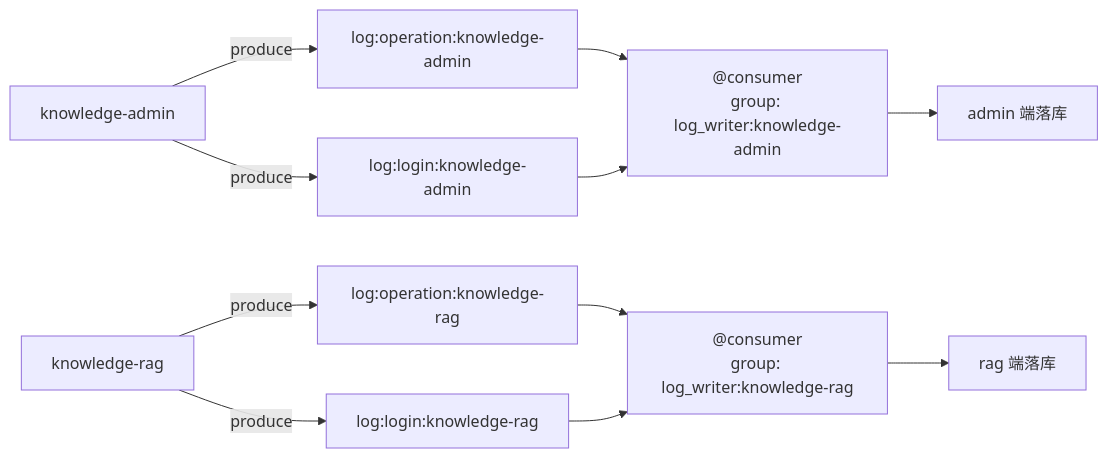
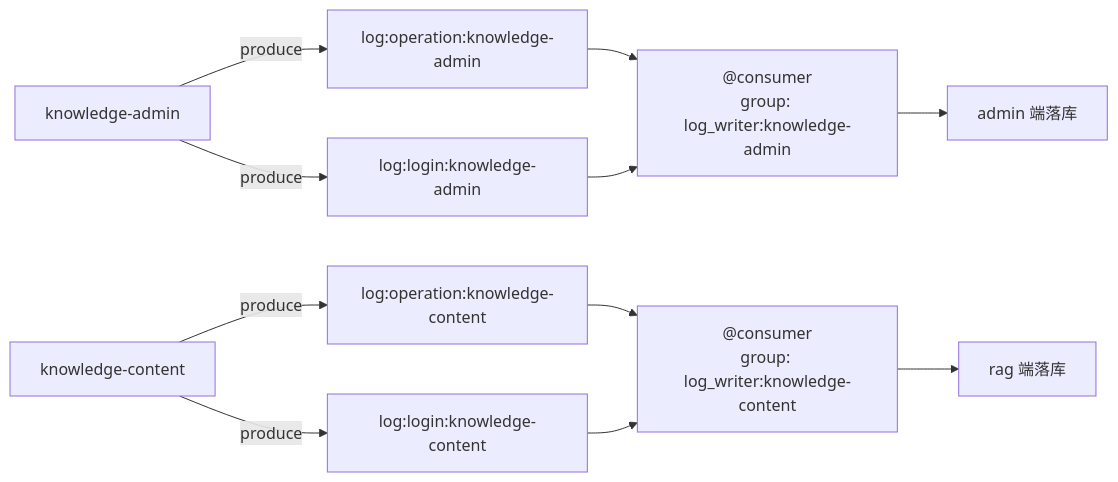
One commit to jiangwch03/knowledge changed the second of 4 diagrams in docs/infrastructure/日志聚合.md. Above: the diagram before and after it, drawn with Mermaid. The commit also changed other lines of this file and 201 other files, not shown here.

First line of the commit message:
refactor: 项目重命名 knowledge-rag → knowledge-content（全栈）

````diff
--- a/docs/infrastructure/日志聚合.md
+++ b/docs/infrastructure/日志聚合.md
@@ -46,13 +46,13 @@
 ```mermaid
 graph LR
     Admin["knowledge-admin"] -->|produce| T1["log:operation:knowledge-admin"]
     Admin -->|produce| T2["log:login:knowledge-admin"]
-    Rag["knowledge-rag"] -->|produce| T3["log:operation:knowledge-rag"]
-    Rag -->|produce| T4["log:login:knowledge-rag"]
+    Rag["knowledge-content"] -->|produce| T3["log:operation:knowledge-content"]
+    Rag -->|produce| T4["log:login:knowledge-content"]
     T1 --> C1["@consumer<br/>group: log_writer:knowledge-admin"]
     T2 --> C1
-    T3 --> C2["@consumer<br/>group: log_writer:knowledge-rag"]
+    T3 --> C2["@consumer<br/>group: log_writer:knowledge-content"]
     T4 --> C2
     C1 --> DB1["admin 端落库"]
     C2 --> DB2["rag 端落库"]
 ```
````
